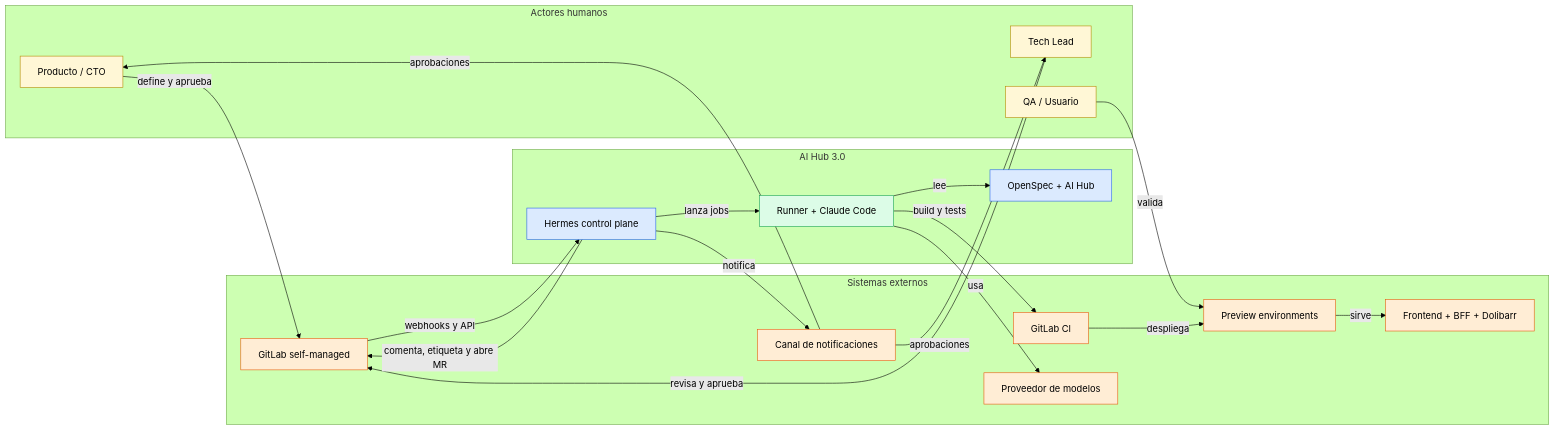
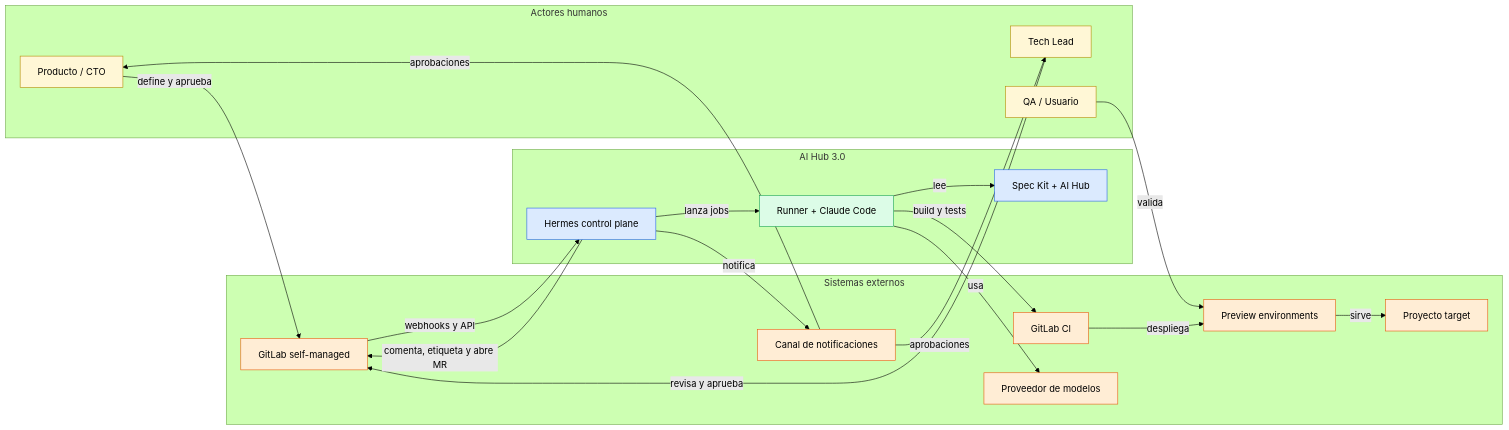
The diagram in architecture/mermaid/01-diagrama-contexto.mmd (dsalazardev/ai-hub), drawn with Mermaid (forest theme) before and after one commit. The commit also changed 1324 other files, not shown here.

Commit message:
feat(engine): motor universal con Spec Kit, presets y catalogo de desarrollo

```diff
--- a/architecture/mermaid/01-diagrama-contexto.mmd
+++ b/architecture/mermaid/01-diagrama-contexto.mmd
@@ -1,42 +1,42 @@
 flowchart LR
   subgraph HUMANS["Actores humanos"]
     PROD["Producto / CTO"]
     LEAD["Tech Lead"]
     QA["QA / Usuario"]
   end
   subgraph SYSTEM["AI Hub 3.0"]
     HERMES["Hermes control plane"]
     RUNNER["Runner + Claude Code"]
-    KNOW["OpenSpec + AI Hub"]
+    KNOW["Spec Kit + AI Hub"]
   end
   subgraph EXTERNAL["Sistemas externos"]
     GL["GitLab self-managed"]
     CI["GitLab CI"]
     MODEL["Proveedor de modelos"]
-    APP["Frontend + BFF + Dolibarr"]
+    APP["Proyecto target"]
     PREV["Preview environments"]
     NOTIF["Canal de notificaciones"]
   end
   PROD -->|define y aprueba| GL
   LEAD -->|revisa y aprueba| GL
   QA -->|valida| PREV
   GL -->|webhooks y API| HERMES
   HERMES -->|comenta, etiqueta y abre MR| GL
   HERMES -->|lanza jobs| RUNNER
   RUNNER -->|usa| MODEL
   RUNNER -->|lee| KNOW
   RUNNER -->|build y tests| CI
   CI -->|despliega| PREV
   PREV -->|sirve| APP
   HERMES -->|notifica| NOTIF
   NOTIF -->|aprobaciones| PROD
   NOTIF -->|aprobaciones| LEAD
   classDef human fill:#fff7d6,stroke:#b58900,color:#000
   classDef system fill:#dbeafe,stroke:#2563eb,color:#000
   classDef exec fill:#dcfce7,stroke:#16a34a,color:#000
   classDef external fill:#ffedd5,stroke:#ea580c,color:#000
   class PROD,LEAD,QA human
   class HERMES system
   class RUNNER exec
   class KNOW system
   class GL,CI,MODEL,APP,PREV,NOTIF external
```
